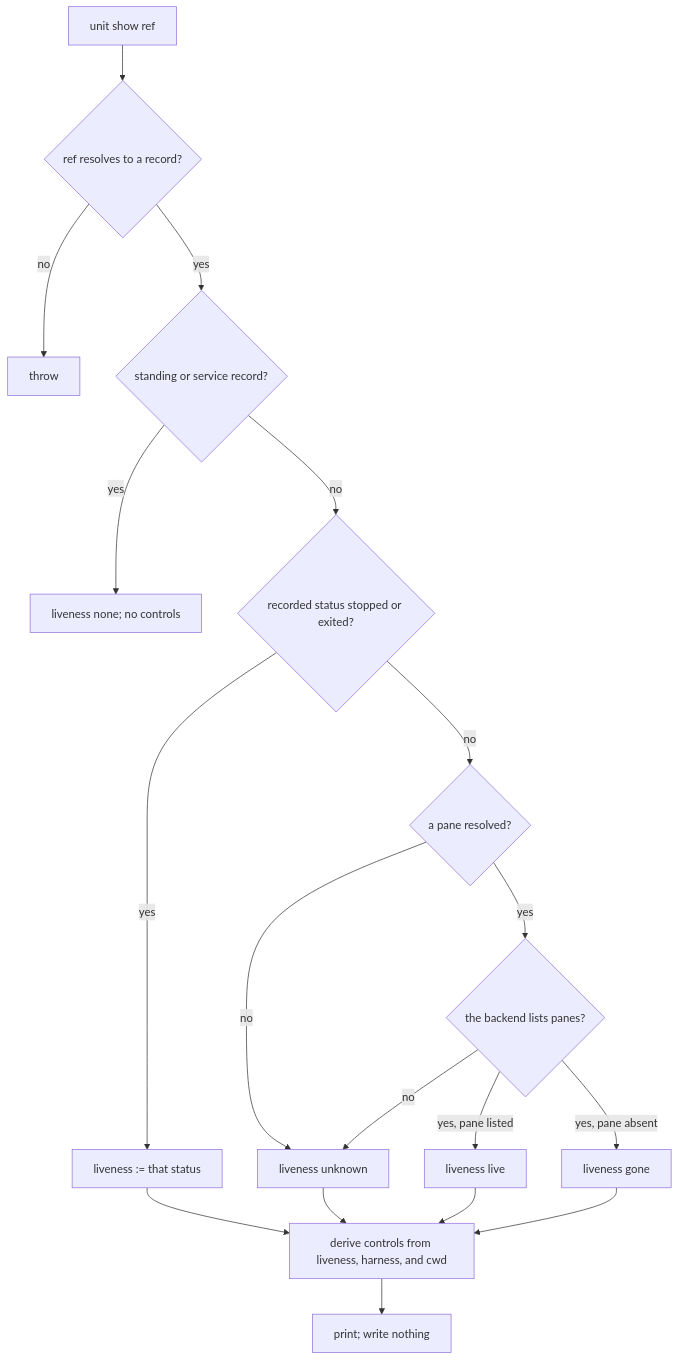
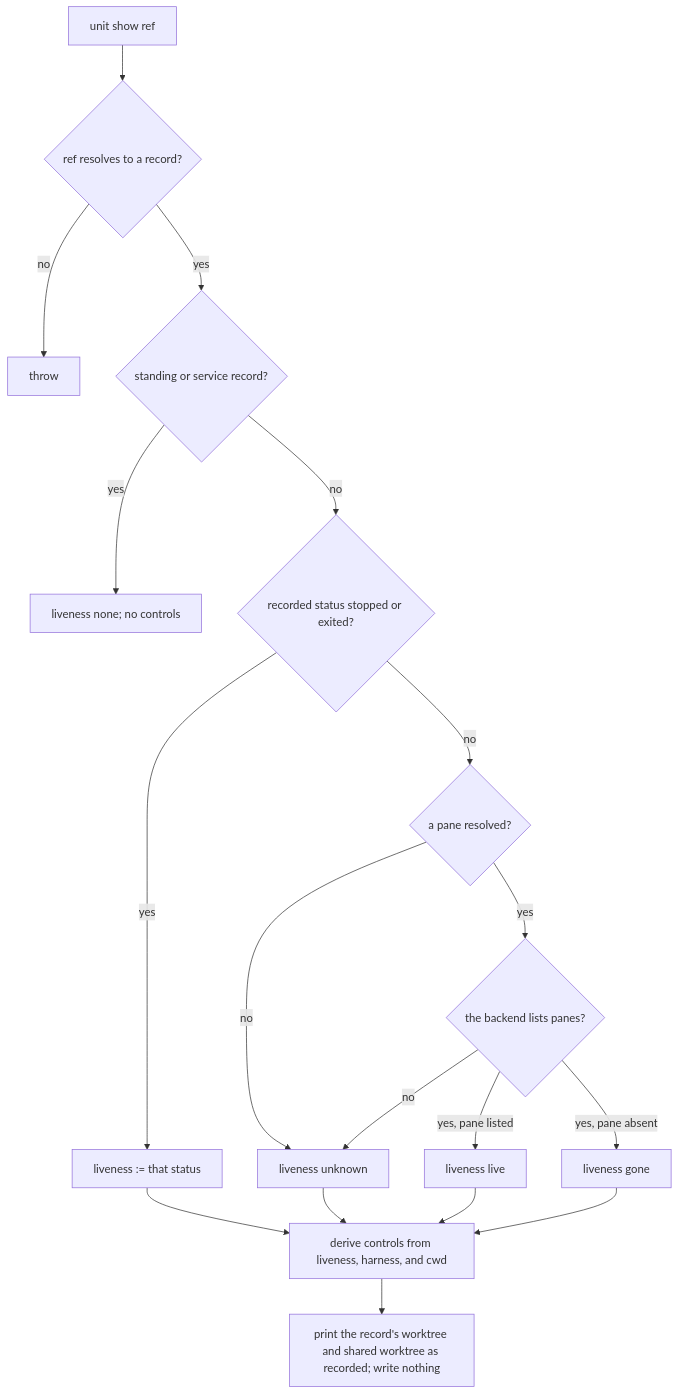
One commit to cyberuni/cyberlegion changed the fourth of 4 diagrams in packages/cyberlegion/.agents/spec/unit/runtime/README.md. Above: the diagram before and after it, drawn with Mermaid. The commit also changed other lines of this file and 18 other files, not shown here.

First line of the commit message:
feat: record a worktree a unit shares but does not own (#253)

````diff
--- a/packages/cyberlegion/.agents/spec/unit/runtime/README.md
+++ b/packages/cyberlegion/.agents/spec/unit/runtime/README.md
@@ -292,20 +294,20 @@
 ```mermaid
 graph TD
   SH0["unit show ref"] --> SH1{"ref resolves to a record?"}
   SH1 -- no --> SH1X["throw"]
   SH1 -- yes --> SH2{"standing or service record?"}
   SH2 -- yes --> SH2Y["liveness none; no controls"]
   SH2 -- no --> SH3{"recorded status stopped or exited?"}
   SH3 -- yes --> SH3Y["liveness := that status"]
   SH3 -- no --> SH4{"a pane resolved?"}
   SH4 -- no --> SH4U["liveness unknown"]
   SH4 -- yes --> SH5{"the backend lists panes?"}
   SH5 -- no --> SH4U
   SH5 -- "yes, pane listed" --> SH5L["liveness live"]
   SH5 -- "yes, pane absent" --> SH5G["liveness gone"]
   SH3Y --> SHC["derive controls from liveness, harness, and cwd"]
   SH4U --> SHC
   SH5L --> SHC
   SH5G --> SHC
-  SHC --> SHW["print; write nothing"]
+  SHC --> SHW["print the record's worktree and shared worktree as recorded; write nothing"]
 ```
````
